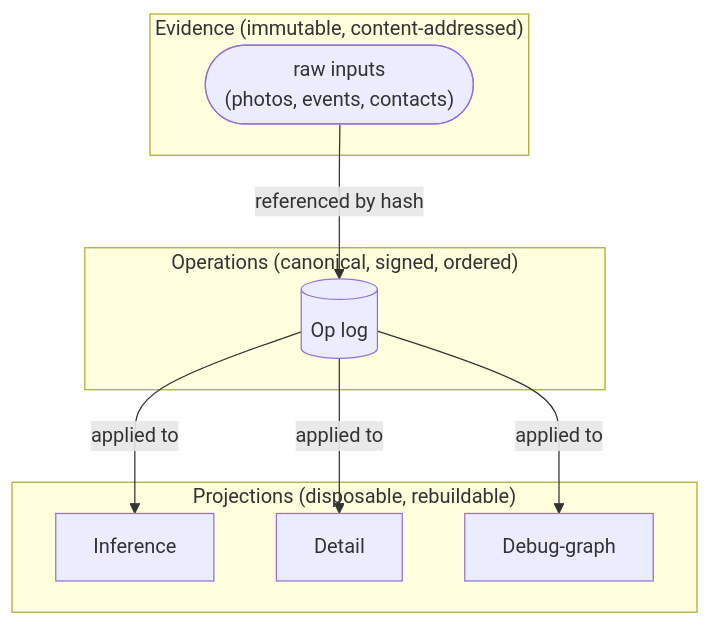
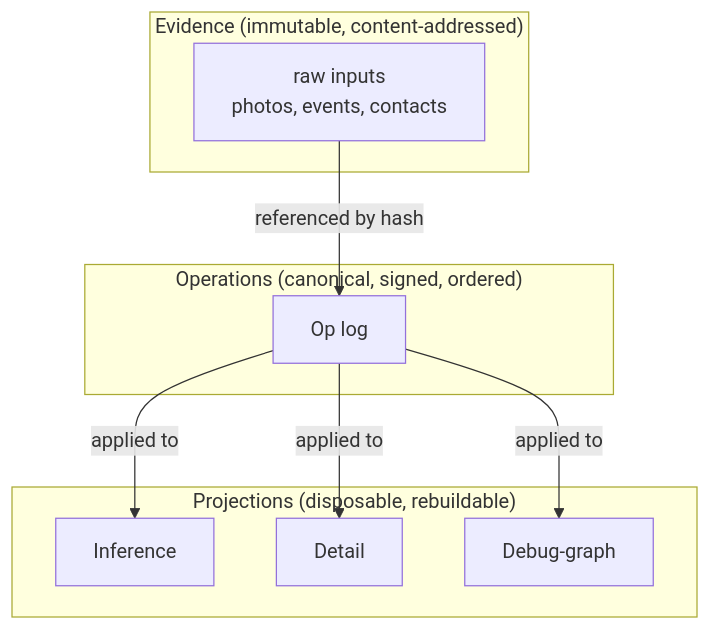
The diagram in docs/01-data-model.md (danielrmay/likewise), drawn with Mermaid before and after one commit.

Commit message:
docs/01-data-model: use rectangles in layer diagram (cylinder shape clipped text)

````diff
--- a/docs/01-data-model.md
+++ b/docs/01-data-model.md
@@ -11,18 +11,18 @@
 ```mermaid
 flowchart TD
     subgraph L3 ["Projections (disposable, rebuildable)"]
         Inf["Inference"]
         Detail["Detail"]
         Debug["Debug-graph"]
     end
     subgraph L2 ["Operations (canonical, signed, ordered)"]
-        Ops[(Op log)]
+        Ops["Op log"]
     end
     subgraph L1 ["Evidence (immutable, content-addressed)"]
-        Bytes(["raw inputs<br/>(photos, events, contacts)"])
+        Bytes["raw inputs<br/>photos, events, contacts"]
     end
     Bytes -- "referenced by hash" --> Ops
     Ops -- "applied to" --> Inf
     Ops -- "applied to" --> Detail
     Ops -- "applied to" --> Debug
 ```
````
